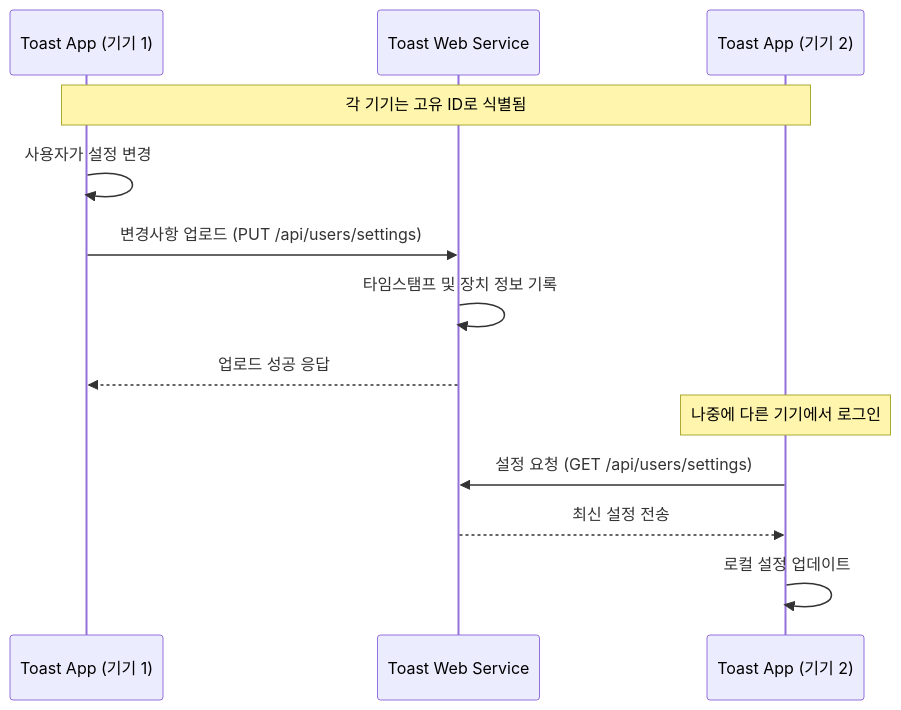
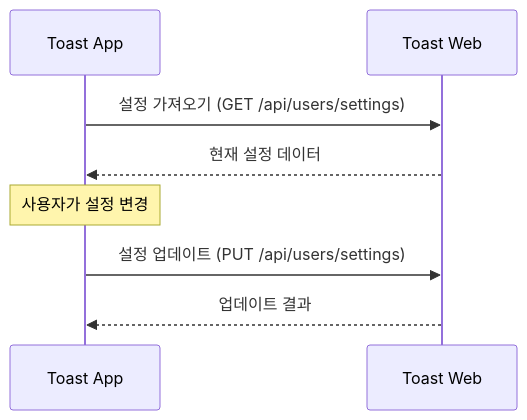
One commit to opspresso/toast-app changed the diagram in docs/CLOUD_SYNC.md. Above: the diagram before and after it, drawn with Mermaid. The commit also changed other lines of this file, not shown here.

Commit message:
Revise CLOUD_SYNC.md to streamline content and improve clarity on cloud synchronization implementation, including API usage, synchronization flow, and conflict resolution strategies.

````diff
--- a/docs/CLOUD_SYNC.md
+++ b/docs/CLOUD_SYNC.md
@@ -39,19 +24,10 @@
 ```mermaid
 sequenceDiagram
-    participant Device1 as Toast App (기기 1)
-    participant Web as Toast Web Service
-    participant Device2 as Toast App (기기 2)
+    Toast App->>Toast Web: 설정 가져오기 (GET /api/users/settings)
+    Toast Web-->>Toast App: 현재 설정 데이터
 
-    Note over Device1, Device2: 각 기기는 고유 ID로 식별됨
+    Note over Toast App: 사용자가 설정 변경
 
-    Device1->>Device1: 사용자가 설정 변경
-    Device1->>Web: 변경사항 업로드 (PUT /api/users/settings)
-    Web->>Web: 타임스탬프 및 장치 정보 기록
-    Web-->>Device1: 업로드 성공 응답
-
-    Note over Device2: 나중에 다른 기기에서 로그인
-
-    Device2->>Web: 설정 요청 (GET /api/users/settings)
-    Web-->>Device2: 최신 설정 전송
-    Device2->>Device2: 로컬 설정 업데이트
+    Toast App->>Toast Web: 설정 업데이트 (PUT /api/users/settings)
+    Toast Web-->>Toast App: 업데이트 결과
 ```
````
